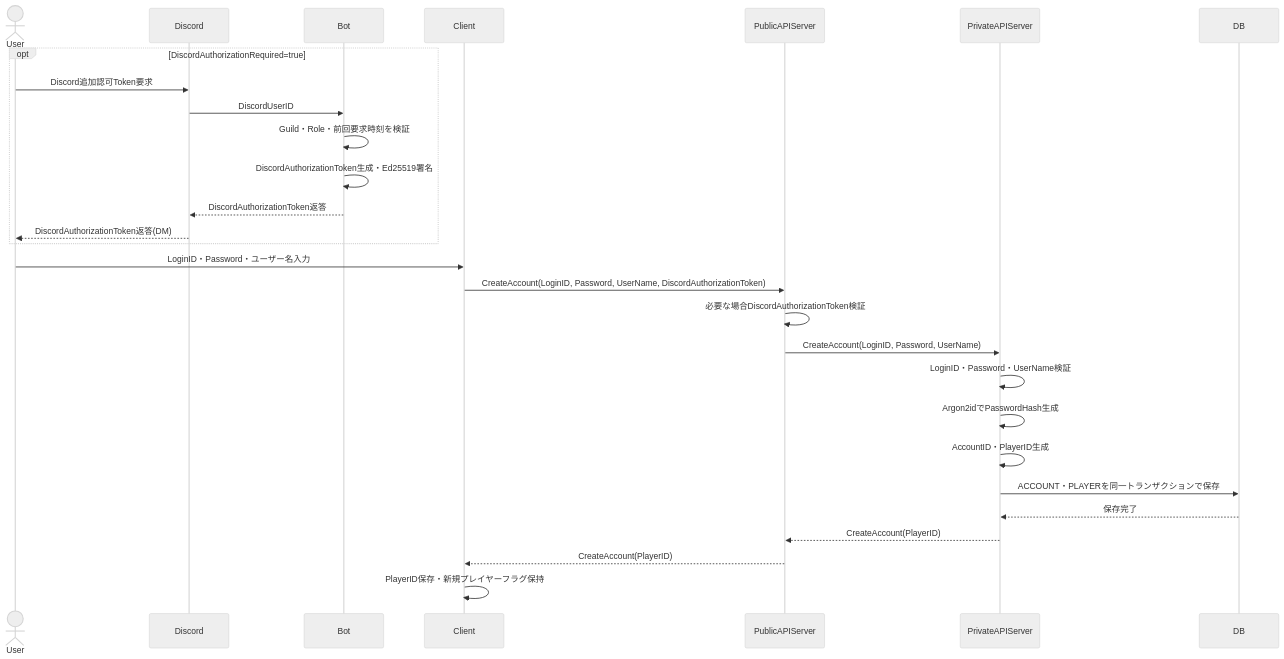
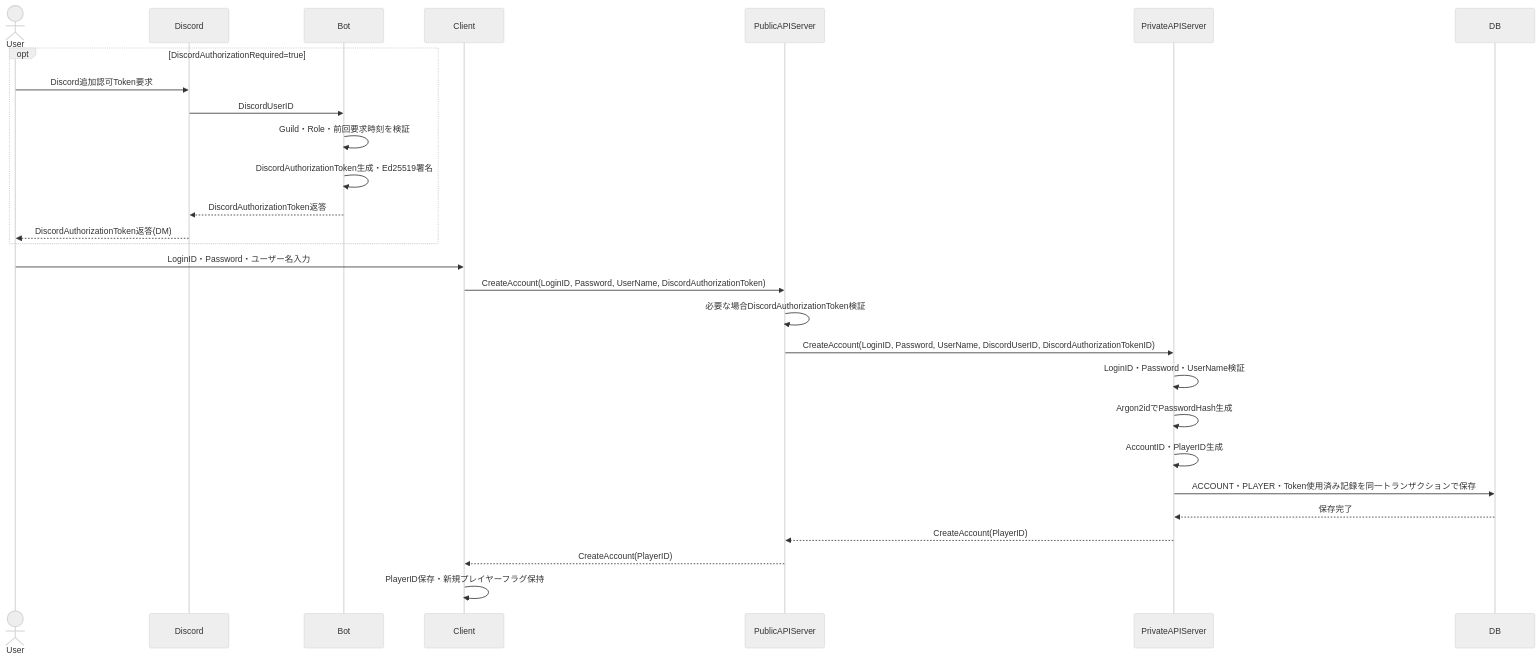
Before and after one commit to ReHydrangeaOdyssey/Specifications: the first of 4 diagrams in design/session.md, drawn with Mermaid (neutral theme). The commit also changed other lines of this file and 10 other files, not shown here.

````diff
--- a/design/session.md
+++ b/design/session.md
@@ -116,32 +132,32 @@
 ```mermaid
 sequenceDiagram
     actor User
     participant Discord
     participant Bot
     participant Client
     participant PublicAPIServer
     participant PrivateAPIServer
     participant DB
 
     opt DiscordAuthorizationRequired=true
         User->>Discord: Discord追加認可Token要求
         Discord->>Bot: DiscordUserID
         Bot->>Bot: Guild・Role・前回要求時刻を検証
         Bot->>Bot: DiscordAuthorizationToken生成・Ed25519署名
         Bot-->>Discord: DiscordAuthorizationToken返答
         Discord-->>User: DiscordAuthorizationToken返答(DM)
     end
 
     User->>Client: LoginID・Password・ユーザー名入力
     Client->>PublicAPIServer: CreateAccount(LoginID, Password, UserName, DiscordAuthorizationToken)
     PublicAPIServer->>PublicAPIServer: 必要な場合DiscordAuthorizationToken検証
-    PublicAPIServer->>PrivateAPIServer: CreateAccount(LoginID, Password, UserName)
+    PublicAPIServer->>PrivateAPIServer: CreateAccount(LoginID, Password, UserName, DiscordUserID, DiscordAuthorizationTokenID)
     PrivateAPIServer->>PrivateAPIServer: LoginID・Password・UserName検証
     PrivateAPIServer->>PrivateAPIServer: Argon2idでPasswordHash生成
     PrivateAPIServer->>PrivateAPIServer: AccountID・PlayerID生成
-    PrivateAPIServer->>DB: ACCOUNT・PLAYERを同一トランザクションで保存
+    PrivateAPIServer->>DB: ACCOUNT・PLAYER・Token使用済み記録を同一トランザクションで保存
     DB-->>PrivateAPIServer: 保存完了
     PrivateAPIServer-->>PublicAPIServer: CreateAccount(PlayerID)
     PublicAPIServer-->>Client: CreateAccount(PlayerID)
     Client->>Client: PlayerID保存・新規プレイヤーフラグ保持
 ```
````
